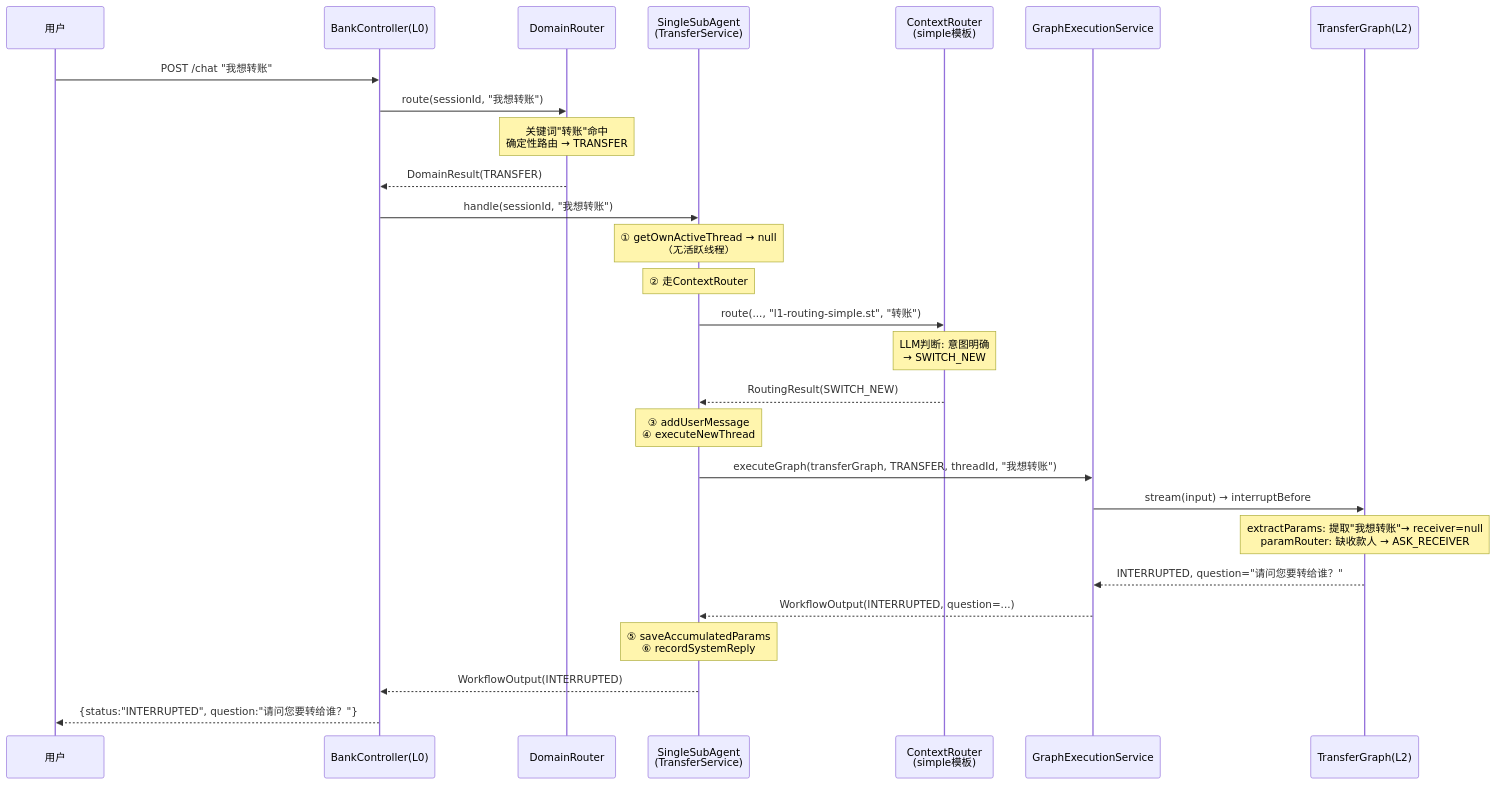
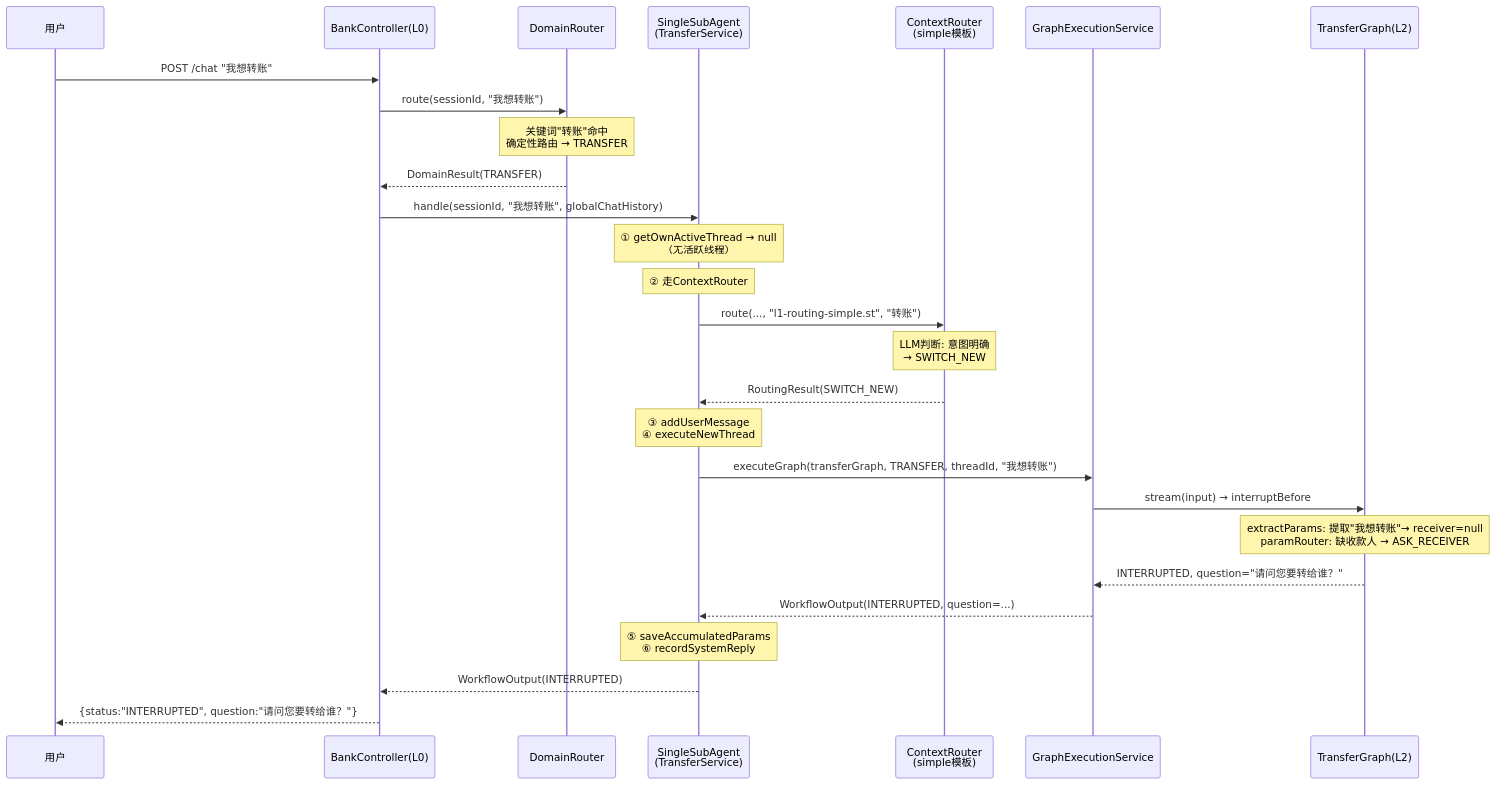
The fifth of 18 diagrams in ARCHITECTURE-FULL.md (michael-lin-45/mobile-ai-bank-demo---workbuddy), drawn with Mermaid before and after one commit. The commit also changed other lines of this file and 15 other files, not shown here.

````diff
--- a/ARCHITECTURE-FULL.md
+++ b/ARCHITECTURE-FULL.md
@@ -423,33 +430,33 @@
 ```mermaid
 sequenceDiagram
     participant U as 用户
     participant BC as BankController(L0)
     participant DR as DomainRouter
     participant SSAD as SingleSubAgent<br/>(TransferService)
     participant CR as ContextRouter<br/>(simple模板)
     participant GES as GraphExecutionService
     participant TG as TransferGraph(L2)
 
     U->>BC: POST /chat "我想转账"
     BC->>DR: route(sessionId, "我想转账")
     Note over DR: 关键词"转账"命中<br/>确定性路由 → TRANSFER
     DR-->>BC: DomainResult(TRANSFER)
     
-    BC->>SSAD: handle(sessionId, "我想转账")
+    BC->>SSAD: handle(sessionId, "我想转账", globalChatHistory)
     Note over SSAD: ① getOwnActiveThread → null<br/>（无活跃线程）
     Note over SSAD: ② 走ContextRouter
     SSAD->>CR: route(..., "l1-routing-simple.st", "转账")
     Note over CR: LLM判断: 意图明确<br/>→ SWITCH_NEW
     CR-->>SSAD: RoutingResult(SWITCH_NEW)
     
     Note over SSAD: ③ addUserMessage<br/>④ executeNewThread
     SSAD->>GES: executeGraph(transferGraph, TRANSFER, threadId, "我想转账")
     GES->>TG: stream(input) → interruptBefore
     Note over TG: extractParams: 提取"我想转账"→ receiver=null<br/>paramRouter: 缺收款人 → ASK_RECEIVER
     TG-->>GES: INTERRUPTED, question="请问您要转给谁？"
     GES-->>SSAD: WorkflowOutput(INTERRUPTED, question=...)
     
     Note over SSAD: ⑤ saveAccumulatedParams<br/>⑥ recordSystemReply
     SSAD-->>BC: WorkflowOutput(INTERRUPTED)
     BC-->>U: {status:"INTERRUPTED", question:"请问您要转给谁？"}
 ```
````
